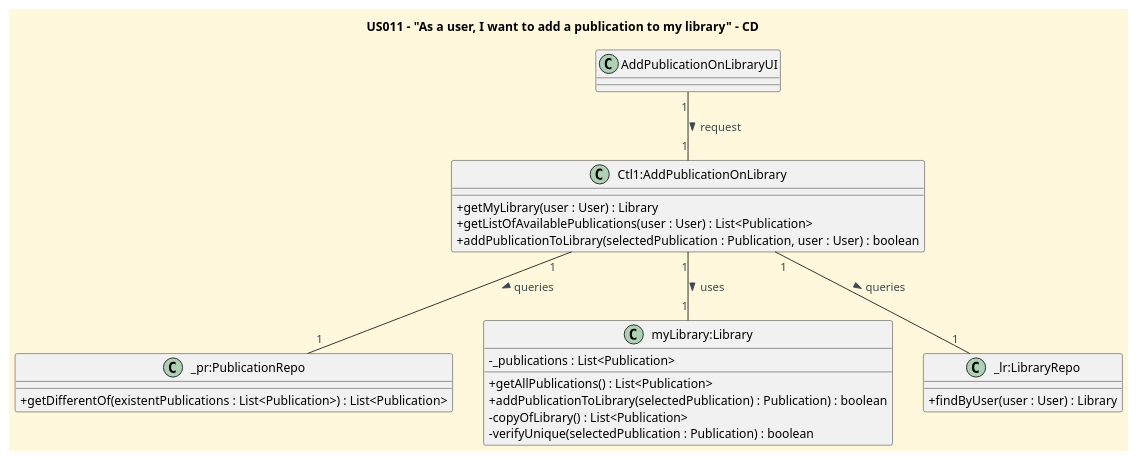
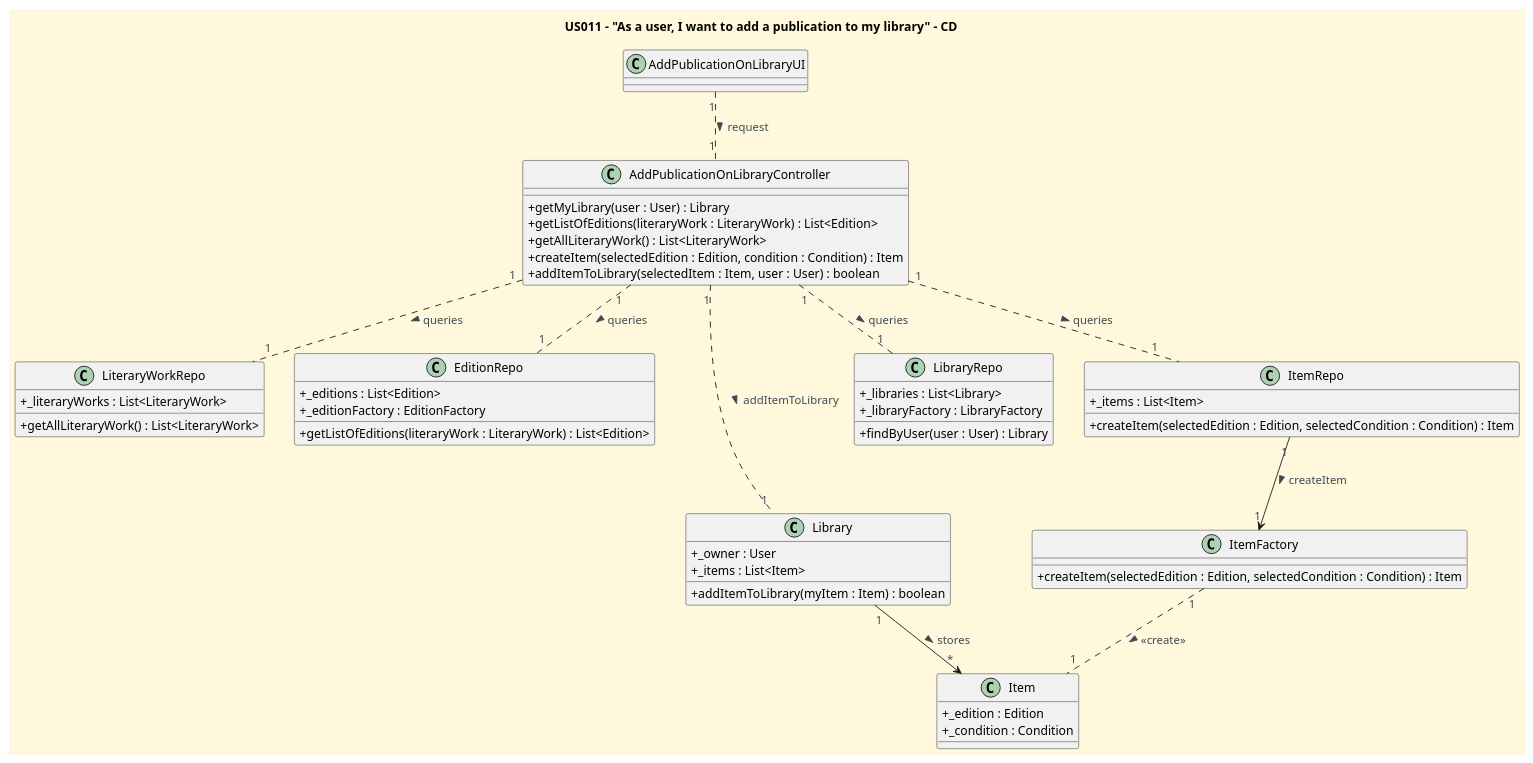
One commit to CarolinaLeite-collab/JavaMarketplacePlatform changed the diagram in docs/userStories/US011/US011_add_publication_to_my_library_CD.puml. Above: the diagram before and after it, drawn with PlantUML. The commit also changed 1 other file, not shown here.

```diff
--- a/docs/userStories/US011/US011_add_publication_to_my_library_CD.puml
+++ b/docs/userStories/US011/US011_add_publication_to_my_library_CD.puml
@@ -1,48 +1,75 @@
 @startuml
 'https://plantuml.com/class-diagram
 title US011 – "As a user, I want to add a publication to my library" - CD
 
 
 '==== basic style ====
 skinparam monochrome false
 skinparam shadowing false
 skinparam defaultFontName Futura
 skinparam objectFontSize 20
 skinparam backgroundColor CornSilk
 skinparam objectBackgroundColor WhiteSmoke
 skinparam noteBackgroundColor #FFFFE0
 skinparam ArrowFontColor #3B4953
 skinparam ActivationBackgroundColor black
 skinparam classAttributeIconSize 0
 
 class AddPublicationOnLibraryUI
 
-class Ctl1:AddPublicationOnLibrary {
+class AddPublicationOnLibraryController {
     + getMyLibrary(user : User) : Library
-    + getListOfAvailablePublications(user : User) : List<Publication>
-    + addPublicationToLibrary(selectedPublication : Publication, user : User) : boolean
-
+    + getListOfEditions(literaryWork : LiteraryWork) : List<Edition>
+    + getAllLiteraryWork() : List<LiteraryWork>
+    + createItem(selectedEdition : Edition, condition : Condition) : Item
+    + addItemToLibrary(selectedItem : Item, user : User) : boolean
 }
 
-class _pr:PublicationRepo {
-    + getDifferentOf(existentPublications : List<Publication>) : List<Publication>
+class LiteraryWorkRepo {
+    + _literaryWorks : List<LiteraryWork>
+    + getAllLiteraryWork() : List<LiteraryWork>
 }
 
-class myLibrary:Library {
-    - _publications : List<Publication>
-    + getAllPublications() : List<Publication>
-    + addPublicationToLibrary(selectedPublication) : Publication) : boolean
-    - copyOfLibrary() : List<Publication>
-    - verifyUnique(selectedPublication : Publication) : boolean
+class EditionRepo {
+    + _editions : List<Edition>
+    + _editionFactory : EditionFactory
+    + getListOfEditions(literaryWork : LiteraryWork) : List<Edition>
 }
 
-class _lr:LibraryRepo {
-     + findByUser(user : User) : Library
+class Library {
+    + _owner : User
+    + _items : List<Item>
+    + addItemToLibrary(myItem : Item) : boolean
+}
+
+class LibraryRepo {
+    + _libraries : List<Library>
+    + _libraryFactory : LibraryFactory
+    + findByUser(user : User) : Library
+}
+
+class ItemRepo {
+    + _items : List<Item>
+    + createItem(selectedEdition : Edition, selectedCondition : Condition) : Item
+}
+
+class ItemFactory {
+     + createItem(selectedEdition : Edition, selectedCondition : Condition) : Item
+}
+
+class Item {
+    + _edition : Edition
+    + _condition : Condition
 }
 
 
-"AddPublicationOnLibraryUI" "1" -- "1" "Ctl1:AddPublicationOnLibrary" : request >
-"Ctl1:AddPublicationOnLibrary" "1" -- "1" "_pr:PublicationRepo" : queries >
-"Ctl1:AddPublicationOnLibrary" "1" -- "1" "myLibrary:Library" : uses >
-"Ctl1:AddPublicationOnLibrary" "1" -- "1" "_lr:LibraryRepo" : queries >
+"AddPublicationOnLibraryUI" "1" .. "1" "AddPublicationOnLibraryController" : request >
+"AddPublicationOnLibraryController" "1" ... "1" "Library" : addItemToLibrary >
+"AddPublicationOnLibraryController" "1"  .. "1" "LibraryRepo" : queries >
+"AddPublicationOnLibraryController" "1" .. "1" "LiteraryWorkRepo" : queries >
+"AddPublicationOnLibraryController" "1" .. "1" "EditionRepo" : queries >
+"AddPublicationOnLibraryController" "1" .. "1" "ItemRepo" : queries >
+"ItemRepo" "1" --> "1" "ItemFactory" : createItem >
+"ItemFactory" "1" .. "1" Item : <<create>> >
+"Library" "1" --> "*" Item : stores >
 @enduml
```
